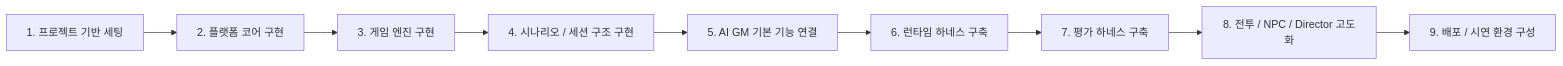
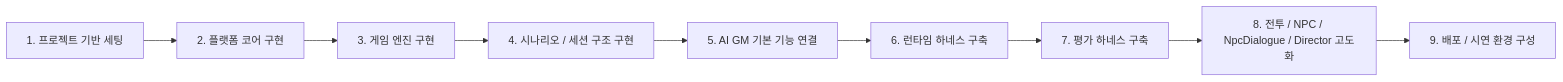
One commit to online-TRPG/online-TRPG changed the diagram in doc/PLAN_IMPLEMENTATION_WORKFLOW.md. Above: the diagram before and after it, drawn with Mermaid. The commit also changed other lines of this file and 61 other files, not shown here.

````diff
--- a/doc/PLAN_IMPLEMENTATION_WORKFLOW.md
+++ b/doc/PLAN_IMPLEMENTATION_WORKFLOW.md
@@ -20,11 +20,11 @@
 ```mermaid
 flowchart LR
     A[1. 프로젝트 기반 세팅] --> B[2. 플랫폼 코어 구현]
     B --> C[3. 게임 엔진 구현]
     C --> D[4. 시나리오 / 세션 구조 구현]
     D --> E[5. AI GM 기본 기능 연결]
     E --> F[6. 런타임 하네스 구축]
     F --> G[7. 평가 하네스 구축]
-    G --> H[8. 전투 / NPC / Director 고도화]
+    G --> H[8. 전투 / NPC / NpcDialogue / Director 고도화]
     H --> I[9. 배포 / 시연 환경 구성]
 ```
````
